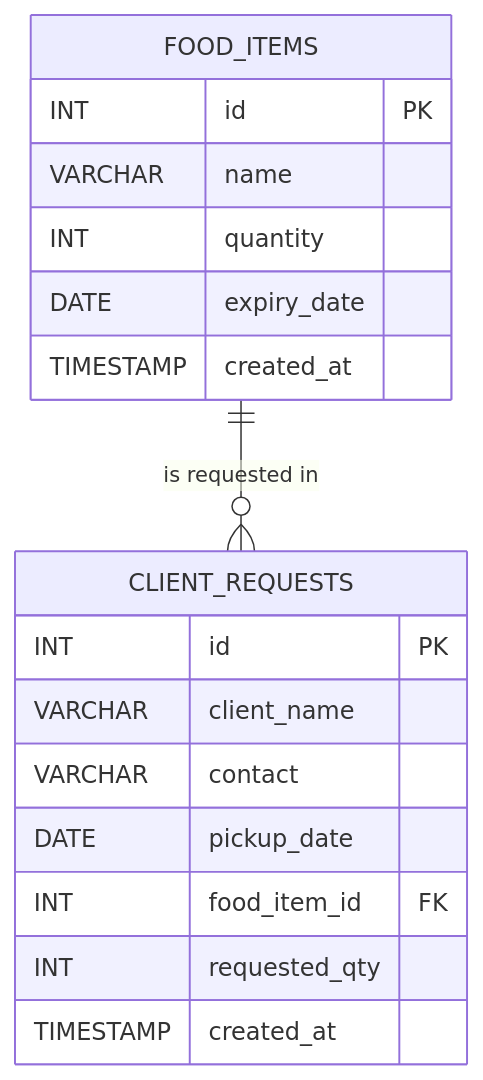
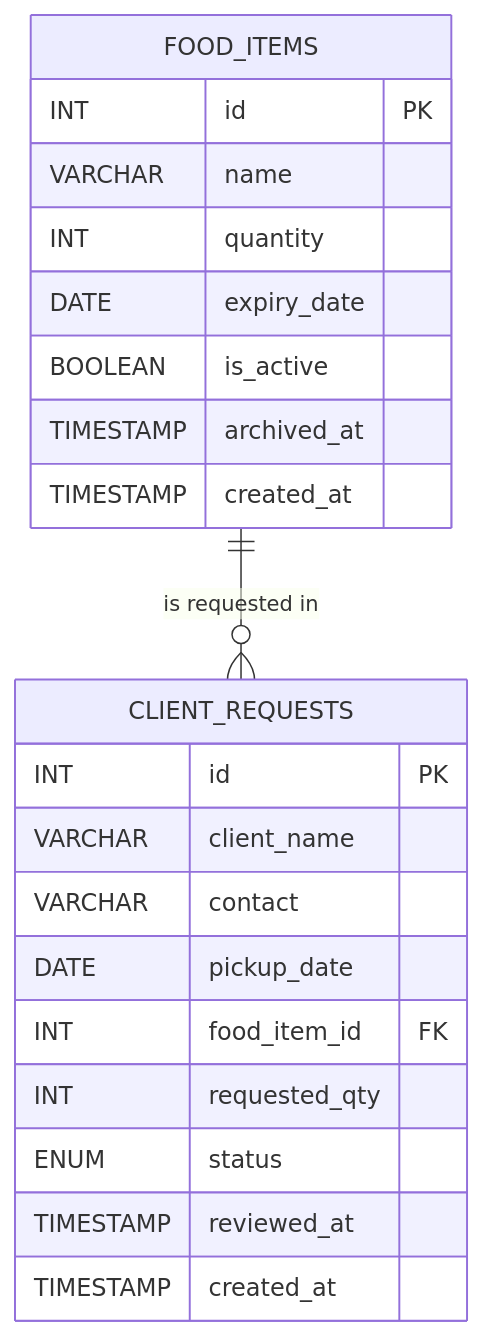
One commit to kong-pd/pantryflow changed the diagram in docs/05-Database-Schema.md. Above: the diagram before and after it, drawn with Mermaid. The commit also changed other lines of this file and 35 other files, not shown here.

````diff
--- a/docs/05-Database-Schema.md
+++ b/docs/05-Database-Schema.md
@@ -11,22 +11,26 @@
 ```mermaid
 erDiagram
     FOOD_ITEMS ||--o{ CLIENT_REQUESTS : "is requested in"
 
     FOOD_ITEMS {
         INT id PK
         VARCHAR name
         INT quantity
         DATE expiry_date
+        BOOLEAN is_active
+        TIMESTAMP archived_at
         TIMESTAMP created_at
     }
 
     CLIENT_REQUESTS {
         INT id PK
         VARCHAR client_name
         VARCHAR contact
         DATE pickup_date
         INT food_item_id FK
         INT requested_qty
+        ENUM status
+        TIMESTAMP reviewed_at
         TIMESTAMP created_at
     }
 ```
````
